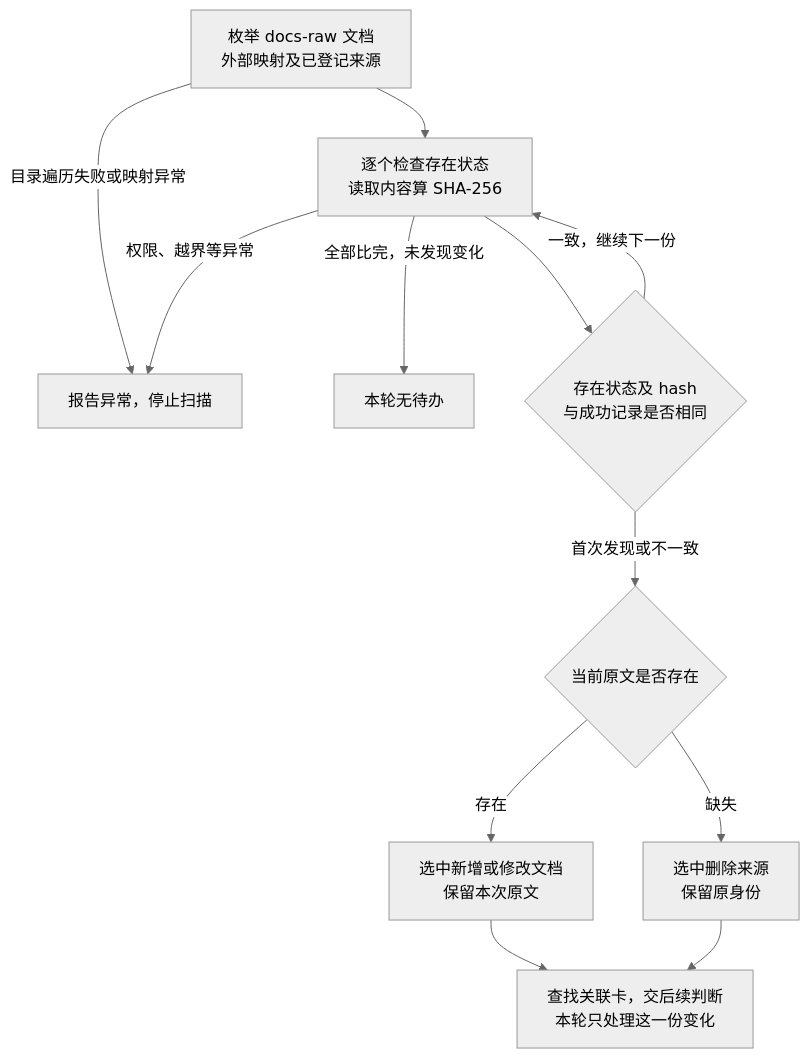
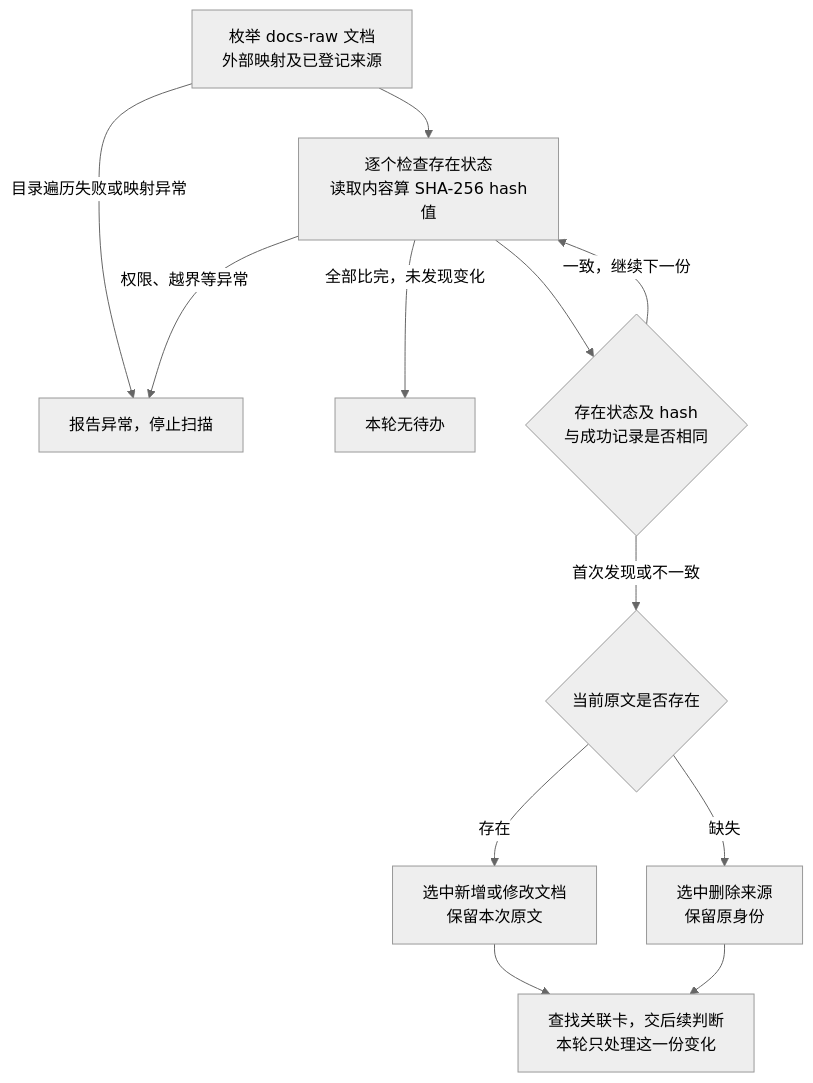
Before and after one commit to Robin-hhc/FactumCore: the fourth of 7 diagrams in himate/himate-knowledge-wifi-mp/docs-llm-wiki/知识库详细设计.md, drawn with Mermaid (neutral theme). The commit also changed other lines of this file, not shown here.

````diff
--- a/himate/himate-knowledge-wifi-mp/docs-llm-wiki/知识库详细设计.md
+++ b/himate/himate-knowledge-wifi-mp/docs-llm-wiki/知识库详细设计.md
@@ -165,14 +165,14 @@
 ```mermaid
 flowchart TD
-    A["枚举 docs-raw 文档<br/>外部映射及已登记来源"] --> B["逐个检查存在状态<br/>读取内容算 SHA-256"]
+    A["枚举 docs-raw 文档<br/>外部映射及已登记来源"] --> B["逐个检查存在状态<br/>读取内容算 SHA-256 hash值"]
     A -->|目录遍历失败或映射异常| X["报告异常，停止扫描"]
     B -->|权限、越界等异常| X
     B -->|全部比完，未发现变化| N["本轮无待办"]
     B --> C{"存在状态及 hash<br/>与成功记录是否相同"}
     C -->|一致，继续下一份| B
     C -->|首次发现或不一致| D{"当前原文是否存在"}
     D -->|存在| E["选中新增或修改文档<br/>保留本次原文"]
     D -->|缺失| F["选中删除来源<br/>保留原身份"]
     E --> G["查找关联卡，交后续判断<br/>本轮只处理这一份变化"]
     F --> G
 ```
````
